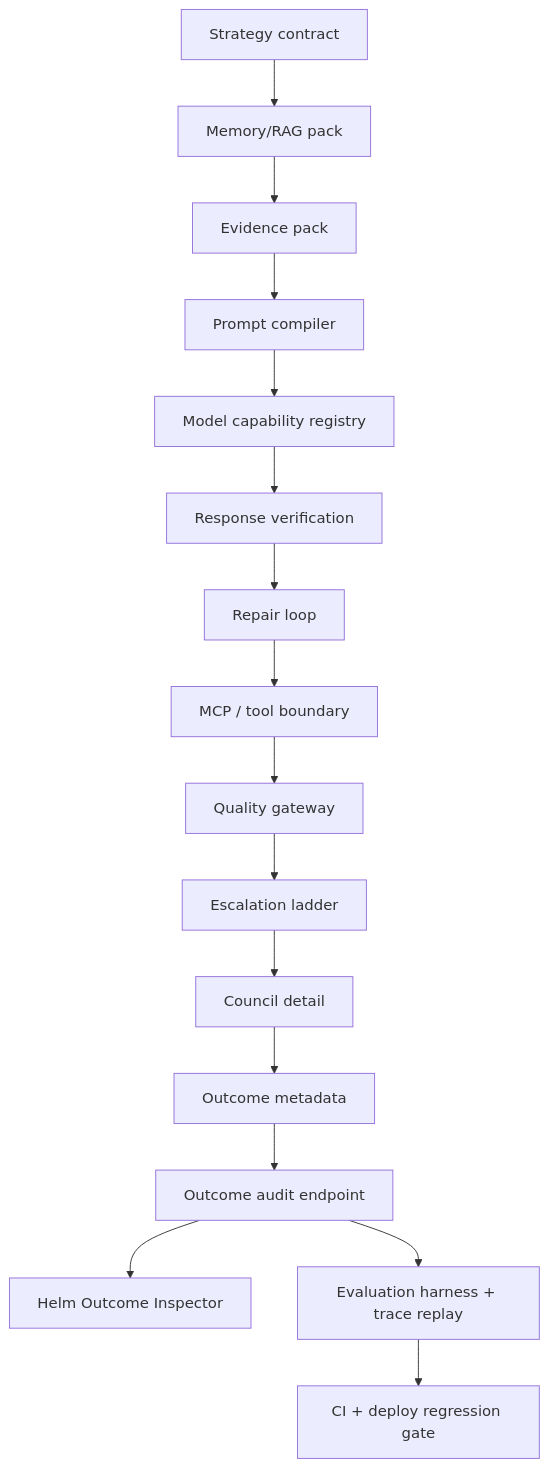
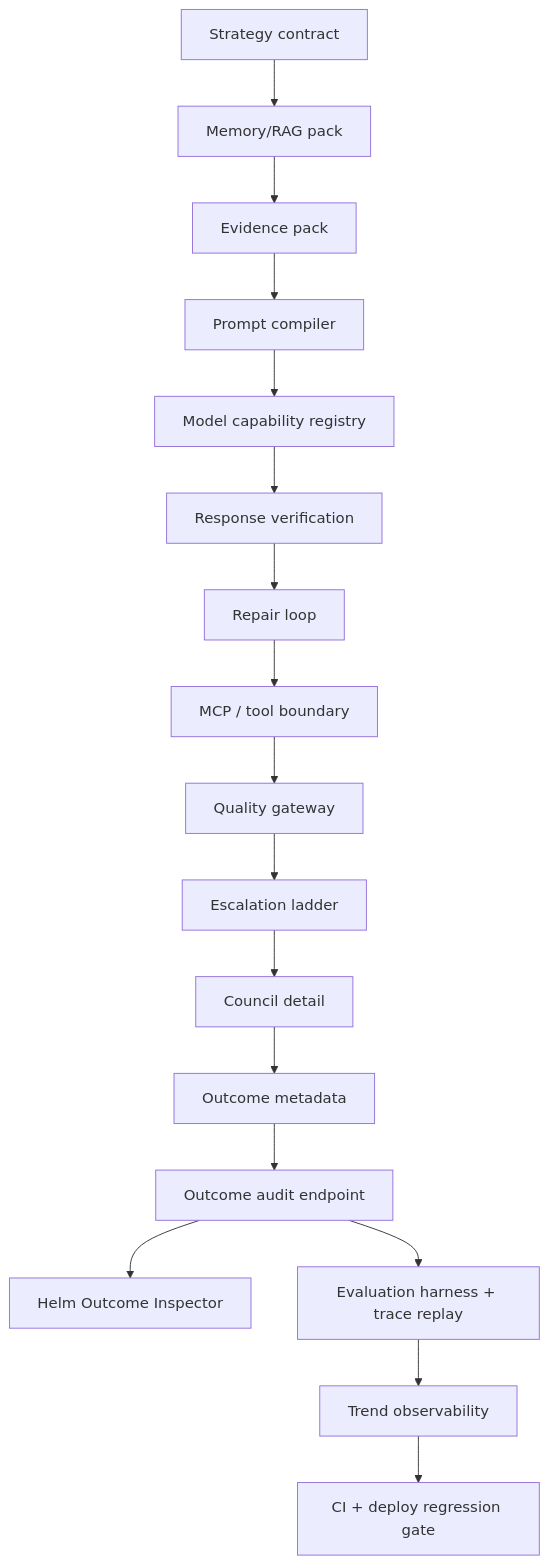
Before and after one commit to kphaas/jarvis-alpha: the second of 2 diagrams in docs/audit/AT0_CHAT_QUALITY_ARCHITECTURE_GAP_LEDGER_2026-07-09.md, drawn with Mermaid. The commit also changed other lines of this file and 9 other files, not shown here.

First line of the commit message:
feat(chat): add trend observability (#688)

````diff
--- a/docs/audit/AT0_CHAT_QUALITY_ARCHITECTURE_GAP_LEDGER_2026-07-09.md
+++ b/docs/audit/AT0_CHAT_QUALITY_ARCHITECTURE_GAP_LEDGER_2026-07-09.md
@@ -30,18 +30,19 @@
 ```mermaid
 flowchart TD
     S["Strategy contract"] --> M["Memory/RAG pack"]
     M --> C["Evidence pack"]
     C --> P["Prompt compiler"]
     P --> R["Model capability registry"]
     R --> V["Response verification"]
     V --> RL["Repair loop"]
     RL --> TB["MCP / tool boundary"]
     TB --> Q["Quality gateway"]
     Q --> E["Escalation ladder"]
     E --> D["Council detail"]
     D --> O["Outcome metadata"]
     O --> A["Outcome audit endpoint"]
     A --> H["Helm Outcome Inspector"]
     A --> EV["Evaluation harness + trace replay"]
-    EV --> G["CI + deploy regression gate"]
+    EV --> T["Trend observability"]
+    T --> G["CI + deploy regression gate"]
 ```
````
